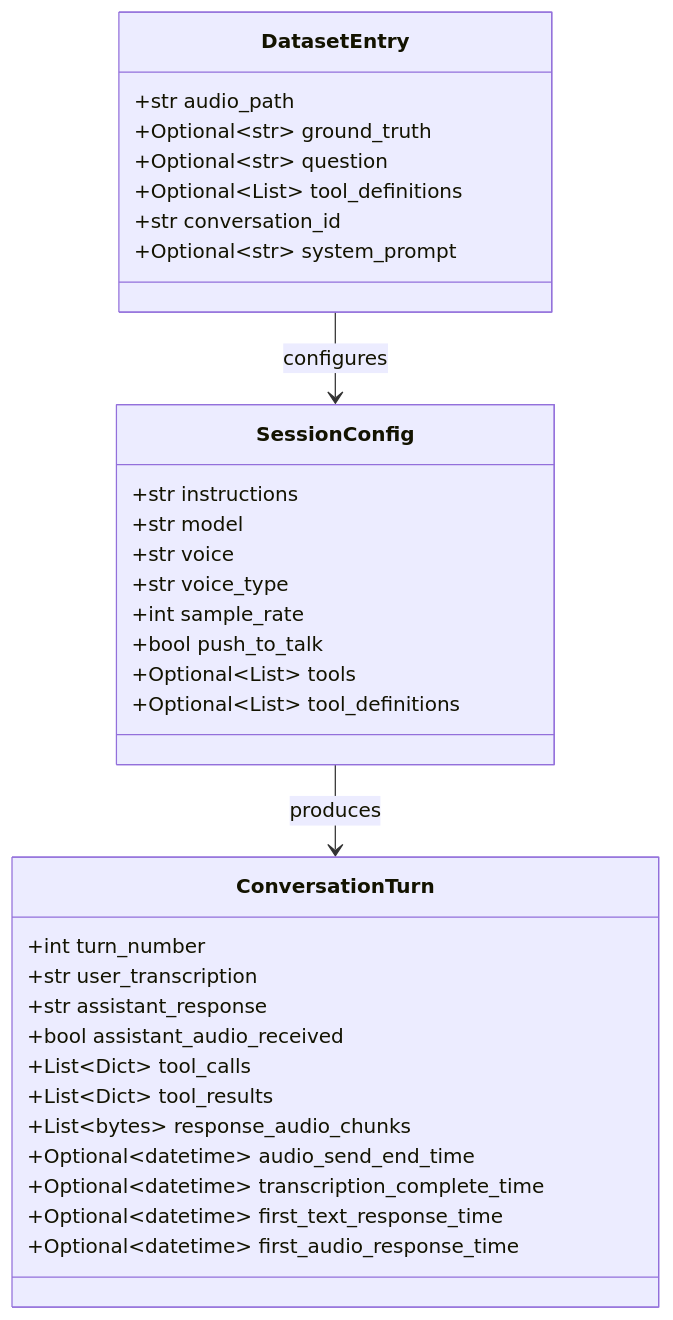
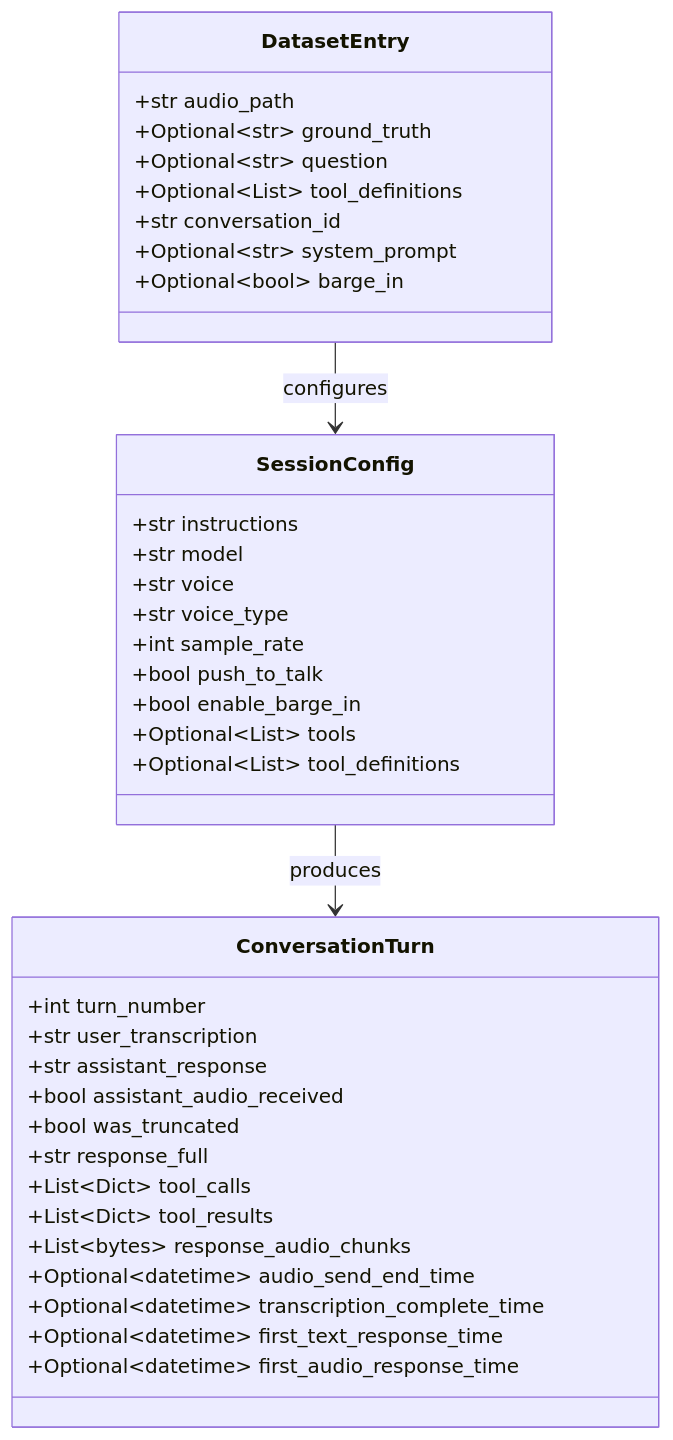
Before and after one commit to microsoft-foundry/voicelive-evaluation: the second of 7 diagrams in prototype_v1/ARCHITECTURE.md, drawn with Mermaid. The commit also changed other lines of this file and 5 other files, not shown here.

````diff
--- a/prototype_v1/ARCHITECTURE.md
+++ b/prototype_v1/ARCHITECTURE.md
@@ -33,36 +33,40 @@
 ```mermaid
 classDiagram
     class SessionConfig {
         +str instructions
         +str model
         +str voice
         +str voice_type
         +int sample_rate
         +bool push_to_talk
+        +bool enable_barge_in
         +Optional~List~ tools
         +Optional~List~ tool_definitions
     }
     class ConversationTurn {
         +int turn_number
         +str user_transcription
         +str assistant_response
         +bool assistant_audio_received
+        +bool was_truncated
+        +str response_full
         +List~Dict~ tool_calls
         +List~Dict~ tool_results
         +List~bytes~ response_audio_chunks
         +Optional~datetime~ audio_send_end_time
         +Optional~datetime~ transcription_complete_time
         +Optional~datetime~ first_text_response_time
         +Optional~datetime~ first_audio_response_time
     }
     class DatasetEntry {
         +str audio_path
         +Optional~str~ ground_truth
         +Optional~str~ question
         +Optional~List~ tool_definitions
         +str conversation_id
         +Optional~str~ system_prompt
+        +Optional~bool~ barge_in
     }
     DatasetEntry --> SessionConfig : configures
     SessionConfig --> ConversationTurn : produces
 ```
````
